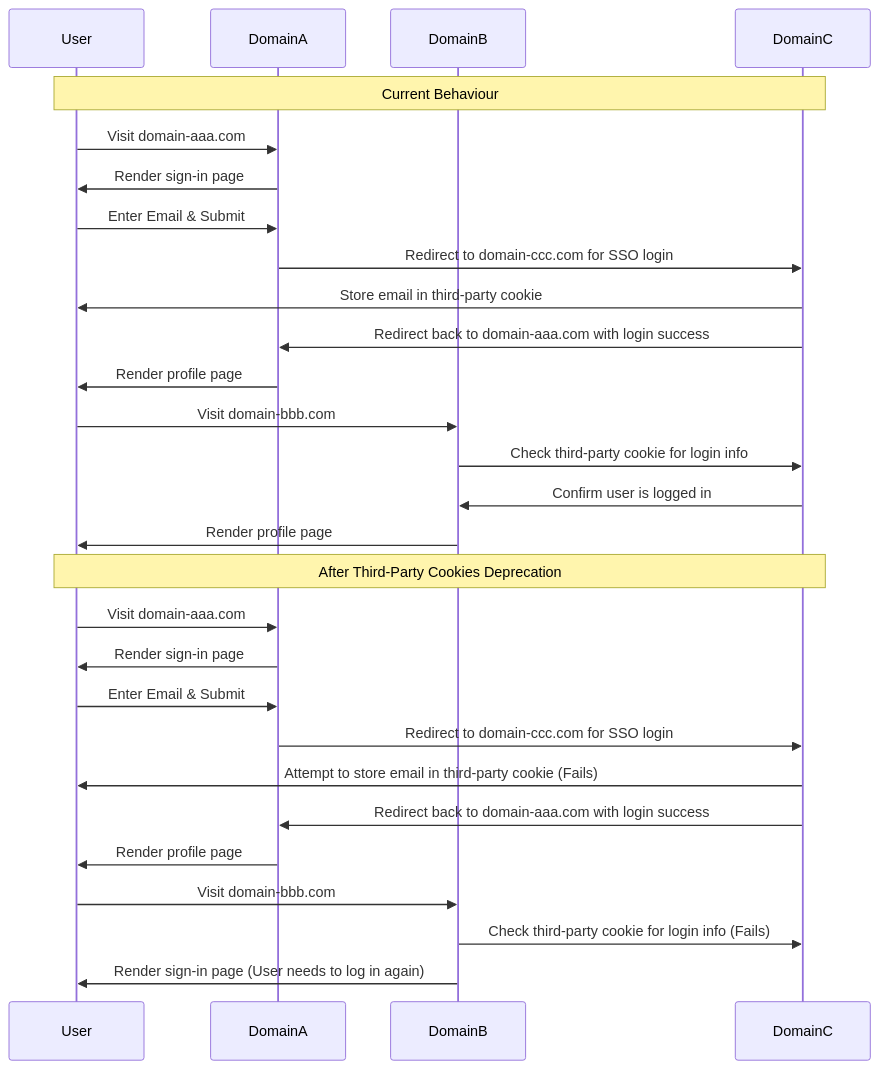
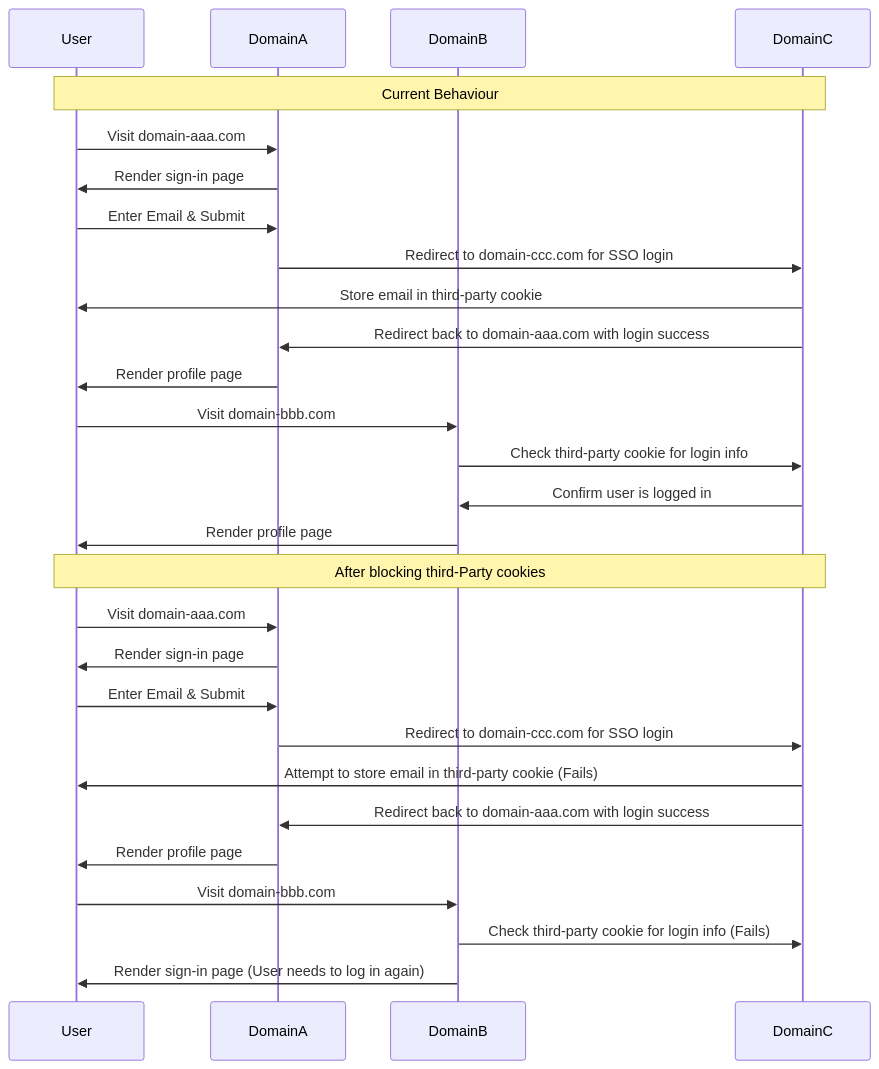
The fourth of 4 diagrams in README.md (rtCamp/psat-demos), drawn with Mermaid before and after one commit. The commit also changed other lines of this file, not shown here.

````diff
--- a/README.md
+++ b/README.md
@@ -235,37 +232,37 @@
 ```mermaid
 sequenceDiagram
     participant User
     participant DomainA
     participant DomainB
     participant DomainC
 
     Note over User,DomainC: Current Behaviour
 
     User->>DomainA: Visit domain-aaa.com
     DomainA->>User: Render sign-in page
     User->>DomainA: Enter Email & Submit
     DomainA->>DomainC: Redirect to domain-ccc.com for SSO login
     DomainC->>User: Store email in third-party cookie
     DomainC->>DomainA: Redirect back to domain-aaa.com with login success
     DomainA->>User: Render profile page
     
     User->>DomainB: Visit domain-bbb.com
     DomainB->>DomainC: Check third-party cookie for login info
     DomainC->>DomainB: Confirm user is logged in
     DomainB->>User: Render profile page
 
-    Note over User,DomainC: After Third-Party Cookies Deprecation
+    Note over User,DomainC: After blocking third-Party cookies
 
     User->>DomainA: Visit domain-aaa.com
     DomainA->>User: Render sign-in page
     User->>DomainA: Enter Email & Submit
     DomainA->>DomainC: Redirect to domain-ccc.com for SSO login
     DomainC->>User: Attempt to store email in third-party cookie (Fails)
     DomainC->>DomainA: Redirect back to domain-aaa.com with login success
     DomainA->>User: Render profile page
     
     User->>DomainB: Visit domain-bbb.com
     DomainB->>DomainC: Check third-party cookie for login info (Fails)
     DomainB->>User: Render sign-in page (User needs to log in again)
 
 ```
````
